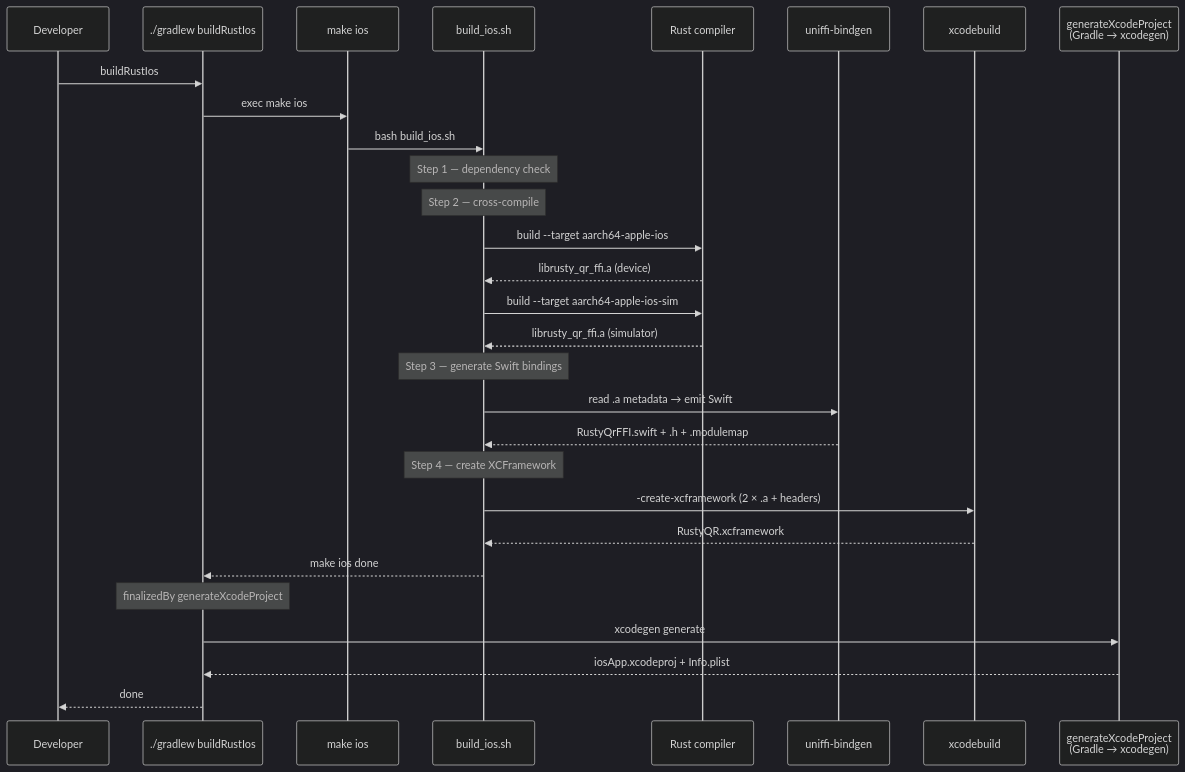
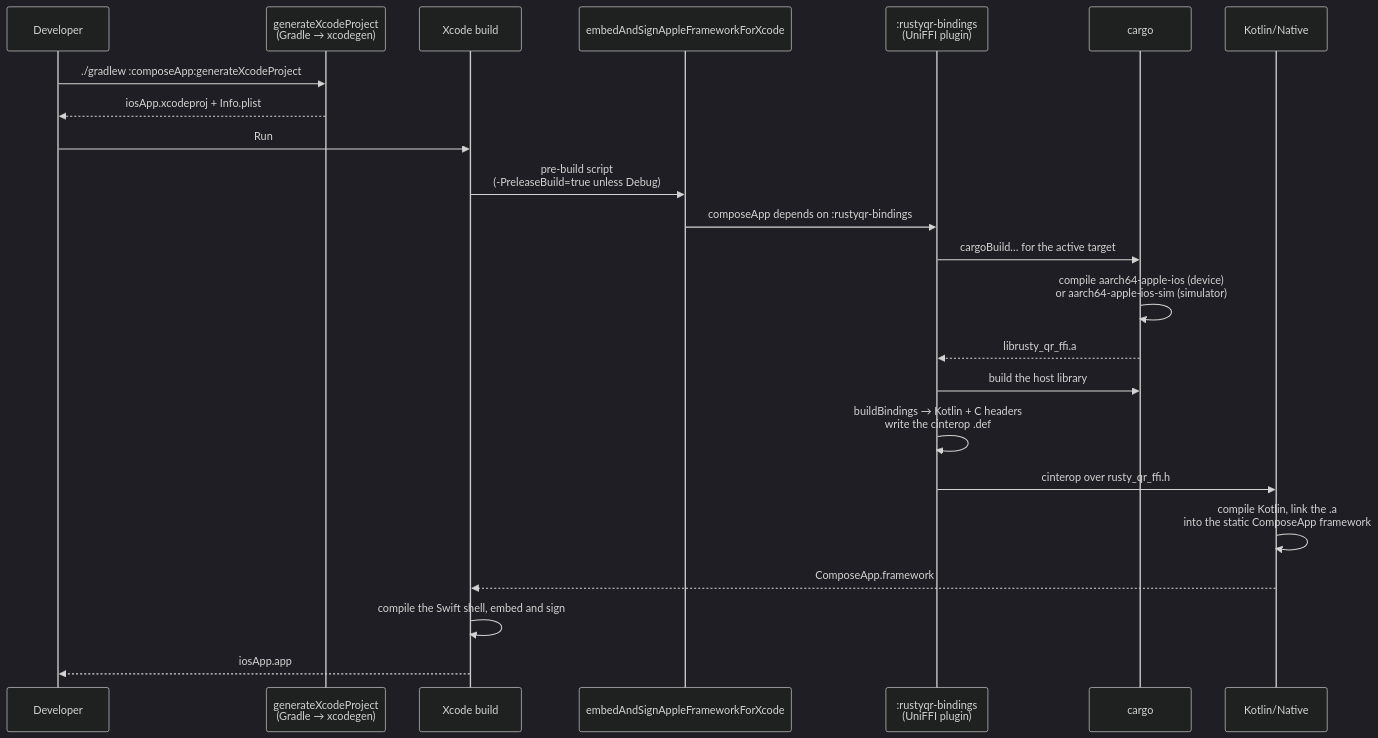
Before and after one commit to prasannajeet/RustyQR: the first of 2 diagrams in iosApp/README.md, drawn with Mermaid (dark theme). The commit also changed other lines of this file and 25 other files, not shown here.

Commit message:
build(rust): remove the old build pipeline and rewrite ci and docs (#8)

````diff
--- a/iosApp/README.md
+++ b/iosApp/README.md
@@ -211,38 +208,30 @@
 ```mermaid
 sequenceDiagram
     participant Dev as Developer
-    participant G as ./gradlew buildRustIos
-    participant M as make ios
-    participant S as build_ios.sh
-    participant Cargo as Rust compiler
-    participant UB as uniffi-bindgen
-    participant XCB as xcodebuild
     participant XCG as generateXcodeProject<br/>(Gradle → xcodegen)
+    participant Xcode as Xcode build
+    participant G as embedAndSignAppleFrameworkForXcode
+    participant B as :rustyqr-bindings<br/>(UniFFI plugin)
+    participant C as cargo
+    participant K as Kotlin/Native
 
-    Dev->>G: buildRustIos
-    G->>M: exec make ios
-    M->>S: bash build_ios.sh
+    Dev->>XCG: ./gradlew :composeApp:generateXcodeProject
+    XCG-->>Dev: iosApp.xcodeproj + Info.plist
 
-    Note over S: Step 1 — dependency check
-    Note over S: Step 2 — cross-compile
-    S->>Cargo: build --target aarch64-apple-ios
-    Cargo-->>S: librusty_qr_ffi.a (device)
-    S->>Cargo: build --target aarch64-apple-ios-sim
-    Cargo-->>S: librusty_qr_ffi.a (simulator)
+    Dev->>Xcode: Run
+    Xcode->>G: pre-build script<br/>(-PreleaseBuild=true unless Debug)
+    G->>B: composeApp depends on :rustyqr-bindings
 
-    Note over S: Step 3 — generate Swift bindings
-    S->>UB: read .a metadata → emit Swift
-    UB-->>S: RustyQrFFI.swift + .h + .modulemap
+    B->>C: cargoBuild… for the active target
+    C->>C: compile aarch64-apple-ios (device)<br/>or aarch64-apple-ios-sim (simulator)
+    C-->>B: librusty_qr_ffi.a
 
-    Note over S: Step 4 — create XCFramework
-    S->>XCB: -create-xcframework (2 × .a + headers)
-    XCB-->>S: RustyQR.xcframework
+    B->>C: build the host library
+    B->>B: buildBindings → Kotlin + C headers<br/>write the cinterop .def
+    B->>K: cinterop over rusty_qr_ffi.h
 
-    S-->>G: make ios done
-
-    Note over G: finalizedBy generateXcodeProject
-    G->>XCG: xcodegen generate
-    XCG-->>G: iosApp.xcodeproj + Info.plist
-
-    G-->>Dev: done
+    K->>K: compile Kotlin, link the .a<br/>into the static ComposeApp framework
+    K-->>Xcode: ComposeApp.framework
+    Xcode->>Xcode: compile the Swift shell, embed and sign
+    Xcode-->>Dev: iosApp.app
 ```
````
